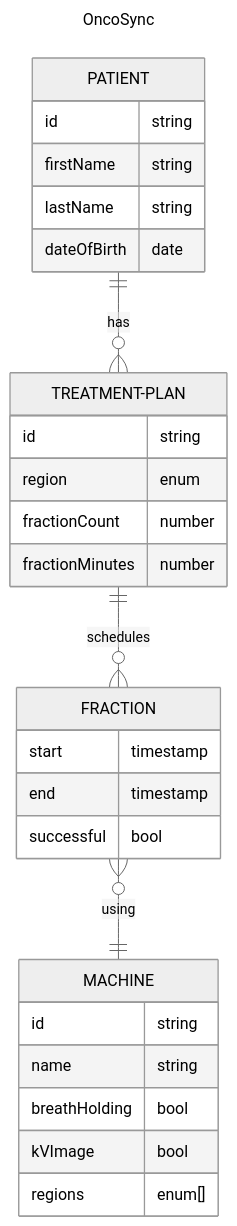
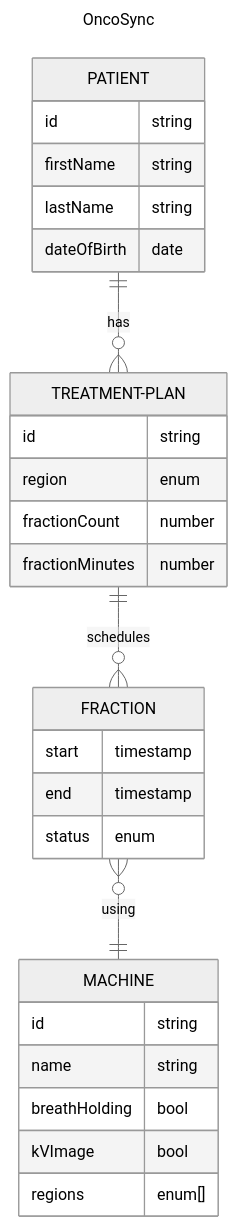
Before and after one commit to 6uliver/radiotherapy-appointment-system: the diagram in erd.md, drawn with Mermaid (neutral theme).

````diff
--- a/erd.md
+++ b/erd.md
@@ -1,39 +1,39 @@
 ```mermaid
 ---
 title: OncoSync
 ---
 erDiagram
     PATIENT {
         id string
         firstName string
         lastName string
         dateOfBirth date
     }
 
     TREATMENT-PLAN {
         id string
         region enum
         fractionCount number
         fractionMinutes number
     }
 
     FRACTION {
         start timestamp
         end timestamp
-        successful bool
+        status enum
     }
 
     PATIENT ||--o{ TREATMENT-PLAN : has
 
     TREATMENT-PLAN ||--o{ FRACTION: schedules
 
     FRACTION }o--|| MACHINE: using
 
     MACHINE {
         id string
         name string
         breathHolding bool
         kVImage bool
         regions enum[]
     }
 ```
````
